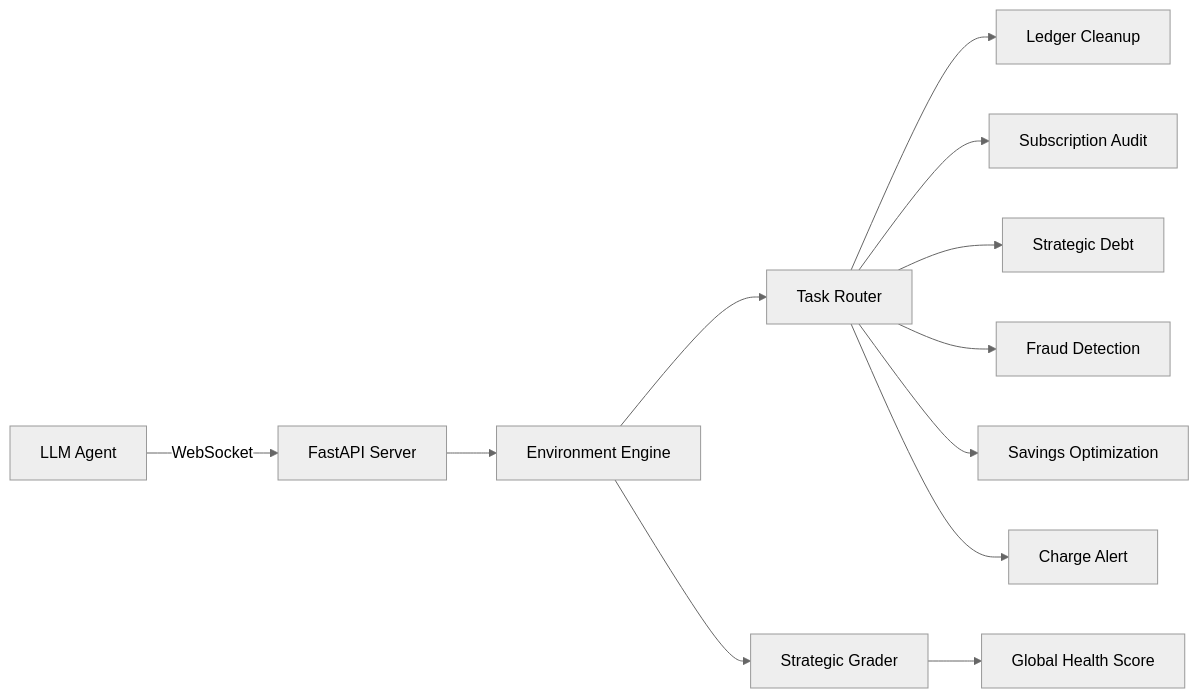
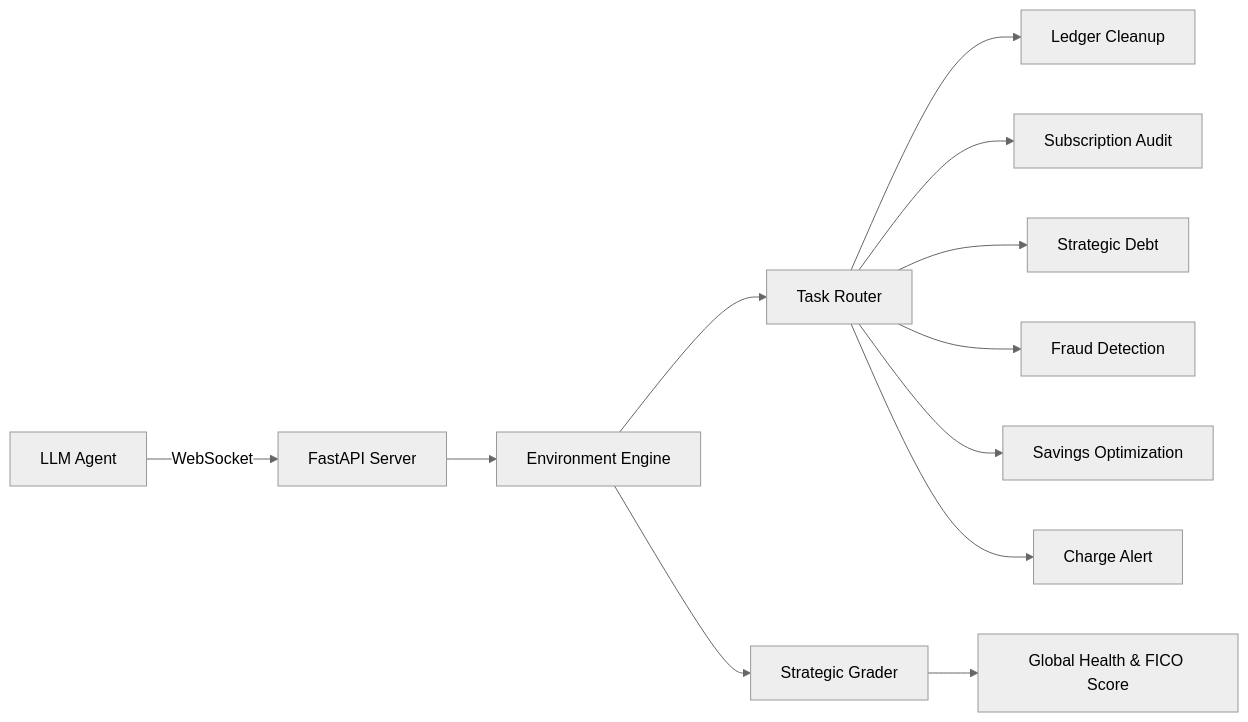
One commit to TheLastC0de/Finance_Optimizer changed the diagram in README.md. Above: the diagram before and after it, drawn with Mermaid (neutral theme). The commit also changed other lines of this file and 9 other files, not shown here.

Commit message:
Elite Polish: Added FICO Credit Score engine, patched Debt Repayment buffer loophole, and overhauled README for Hackathon Judges.

````diff
--- a/README.md
+++ b/README.md
@@ -20,14 +26,14 @@
 ```mermaid
 graph LR
     A[LLM Agent] -->|WebSocket| B[FastAPI Server]
     B --> C[Environment Engine]
     C --> D[Task Router]
     D --> E1[Ledger Cleanup]
     D --> E2[Subscription Audit]
     D --> E3[Strategic Debt]
     D --> E4[Fraud Detection]
     D --> E5[Savings Optimization]
     D --> E6[Charge Alert]
     C --> F[Strategic Grader]
-    F --> G[Global Health Score]
+    F --> G[Global Health & FICO Score]
 ```
````
